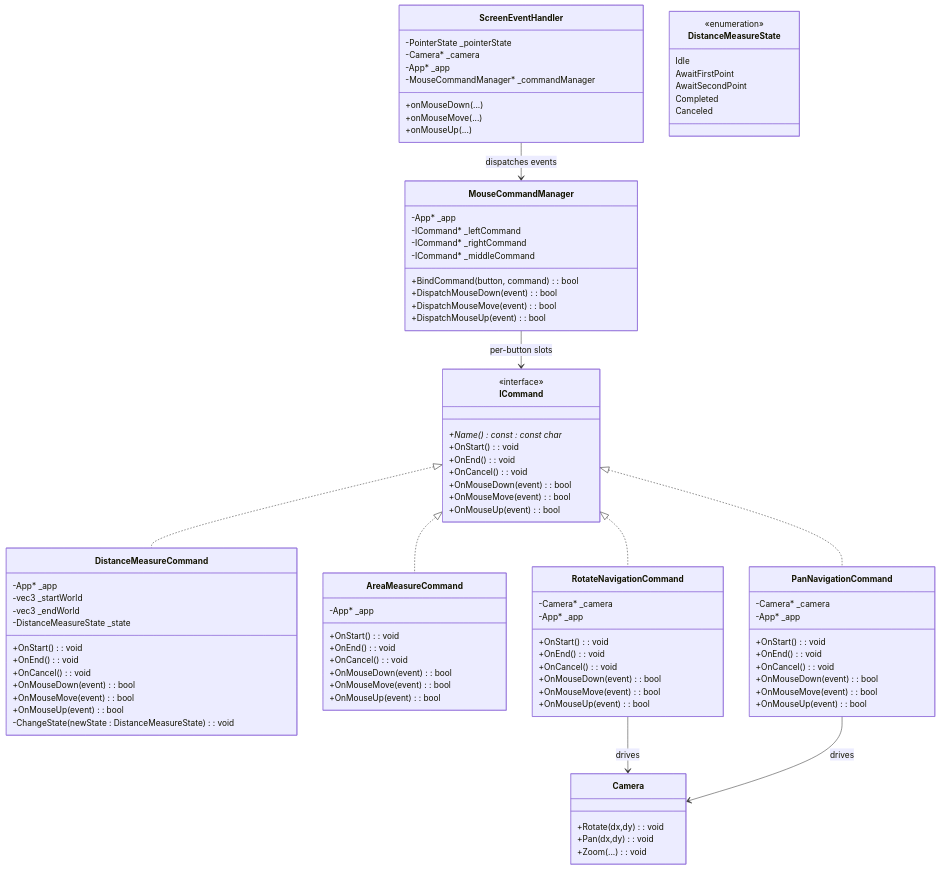
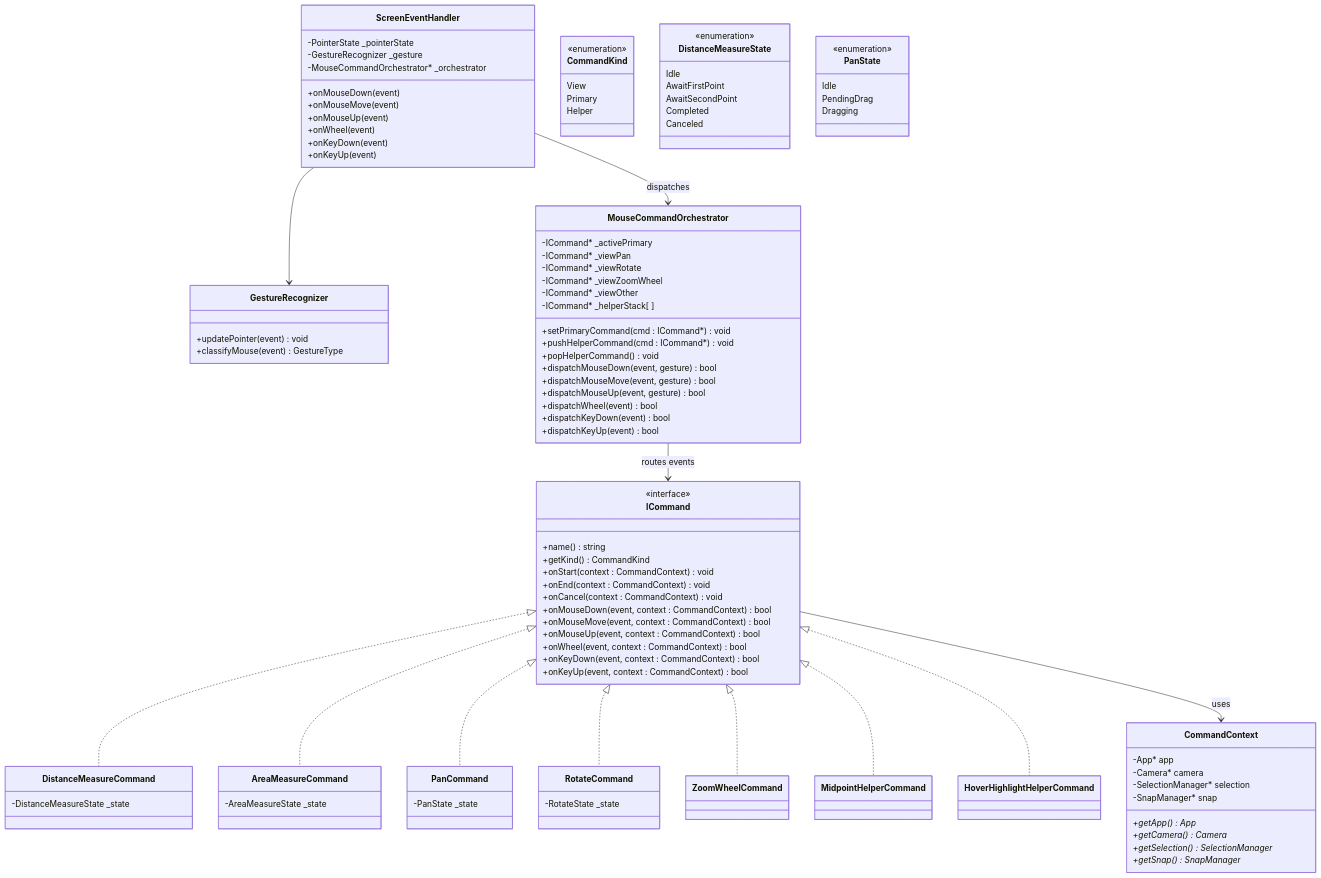
Before and after one commit to vfa-khaidt1/vfa-cdn: the first of 2 diagrams in GraphV4.md, drawn with Mermaid. The commit also changed other lines of this file, not shown here.

````diff
--- a/GraphV4.md
+++ b/GraphV4.md
@@ -2,48 +2,95 @@
 classDiagram
     class ScreenEventHandler {
         -PointerState _pointerState
-        -Camera* _camera
-        -App* _app
-        -MouseCommandManager* _commandManager
-        +onMouseDown(...)
-        +onMouseMove(...)
-        +onMouseUp(...)
+        -GestureRecognizer _gesture
+        -MouseCommandOrchestrator* _orchestrator
+        +onMouseDown(event)
+        +onMouseMove(event)
+        +onMouseUp(event)
+        +onWheel(event)
+        +onKeyDown(event)
+        +onKeyUp(event)
+    }
+
+    class GestureRecognizer {
+        +updatePointer(event) void
+        +classifyMouse(event) GestureType
+    }
+
+    class MouseCommandOrchestrator {
+        -ICommand* _activePrimary
+        -ICommand* _viewPan
+        -ICommand* _viewRotate
+        -ICommand* _viewZoomWheel
+        -ICommand* _viewOther
+        -ICommand* _helperStack[ ]
+        +setPrimaryCommand(cmd : ICommand*) void
+        +pushHelperCommand(cmd : ICommand*) void
+        +popHelperCommand() void
+        +dispatchMouseDown(event, gesture) bool
+        +dispatchMouseMove(event, gesture) bool
+        +dispatchMouseUp(event, gesture) bool
+        +dispatchWheel(event) bool
+        +dispatchKeyDown(event) bool
+        +dispatchKeyUp(event) bool
     }
 
     class ICommand {
         <<interface>>
-        +Name() const : const char*
-        +OnStart() : void
-        +OnEnd() : void
-        +OnCancel() : void
-        +OnMouseDown(event) : bool
-        +OnMouseMove(event) : bool
-        +OnMouseUp(event) : bool
+        +name() string
+        +getKind() CommandKind
+        +onStart(context : CommandContext) void
+        +onEnd(context : CommandContext) void
+        +onCancel(context : CommandContext) void
+        +onMouseDown(event, context : CommandContext) bool
+        +onMouseMove(event, context : CommandContext) bool
+        +onMouseUp(event, context : CommandContext) bool
+        +onWheel(event, context : CommandContext) bool
+        +onKeyDown(event, context : CommandContext) bool
+        +onKeyUp(event, context : CommandContext) bool
     }
 
-    class MouseCommandManager {
-        -App* _app
-        -ICommand* _leftCommand
-        -ICommand* _rightCommand
-        -ICommand* _middleCommand
-        +BindCommand(button, command) : bool
-        +DispatchMouseDown(event) : bool
-        +DispatchMouseMove(event) : bool
-        +DispatchMouseUp(event) : bool
+    class CommandKind {
+        <<enumeration>>
+        View
+        Primary
+        Helper
+    }
+
+    class CommandContext {
+        -App* app
+        -Camera* camera
+        -SelectionManager* selection
+        -SnapManager* snap
+        +getApp() App*
+        +getCamera() Camera*
+        +getSelection() SelectionManager*
+        +getSnap() SnapManager*
     }
 
     class DistanceMeasureCommand {
-        -App* _app
-        -vec3 _startWorld
-        -vec3 _endWorld
         -DistanceMeasureState _state
-        +OnStart() : void
-        +OnEnd() : void
-        +OnCancel() : void
-        +OnMouseDown(event) : bool
-        +OnMouseMove(event) : bool
-        +OnMouseUp(event) : bool
-        -ChangeState(newState : DistanceMeasureState) : void
+    }
+
+    class AreaMeasureCommand {
+        -AreaMeasureState _state
+    }
+
+    class PanCommand {
+        -PanState _state
+    }
+
+    class RotateCommand {
+        -RotateState _state
+    }
+
+    class ZoomWheelCommand {
+    }
+
+    class MidpointHelperCommand {
+    }
+
+    class HoverHighlightHelperCommand {
     }
 
     class DistanceMeasureState {
@@ -55,51 +102,24 @@
         Canceled
     }
 
-    class AreaMeasureCommand {
-        -App* _app
-        +OnStart() : void
-        +OnEnd() : void
-        +OnCancel() : void
-        +OnMouseDown(event) : bool
-        +OnMouseMove(event) : bool
-        +OnMouseUp(event) : bool
-    }
-
-    class PanNavigationCommand {
-        -Camera* _camera
-        -App* _app
-        +OnStart() : void
-        +OnEnd() : void
-        +OnCancel() : void
-        +OnMouseDown(event) : bool
-        +OnMouseMove(event) : bool
-        +OnMouseUp(event) : bool
-    }
-
-    class RotateNavigationCommand {
-        -Camera* _camera
-        -App* _app
-        +OnStart() : void
-        +OnEnd() : void
-        +OnCancel() : void
-        +OnMouseDown(event) : bool
-        +OnMouseMove(event) : bool
-        +OnMouseUp(event) : bool
-    }
-
-    class Camera {
-        +Rotate(dx,dy) : void
-        +Pan(dx,dy) : void
-        +Zoom(...) : void
+    class PanState {
+        <<enumeration>>
+        Idle
+        PendingDrag
+        Dragging
     }
 
     ICommand <|.. DistanceMeasureCommand
     ICommand <|.. AreaMeasureCommand
-    ICommand <|.. RotateNavigationCommand
-    ICommand <|.. PanNavigationCommand
+    ICommand <|.. PanCommand
+    ICommand <|.. RotateCommand
+    ICommand <|.. ZoomWheelCommand
+    ICommand <|.. MidpointHelperCommand
+    ICommand <|.. HoverHighlightHelperCommand
 
-    ScreenEventHandler --> MouseCommandManager : dispatches events
-    MouseCommandManager --> ICommand : per-button slots
-    RotateNavigationCommand --> Camera : drives
-    PanNavigationCommand --> Camera : drives
+    ScreenEventHandler --> GestureRecognizer
+    ScreenEventHandler --> MouseCommandOrchestrator : dispatches
+    MouseCommandOrchestrator --> ICommand : routes events
+    ICommand --> CommandContext : uses
+
 ```
````
